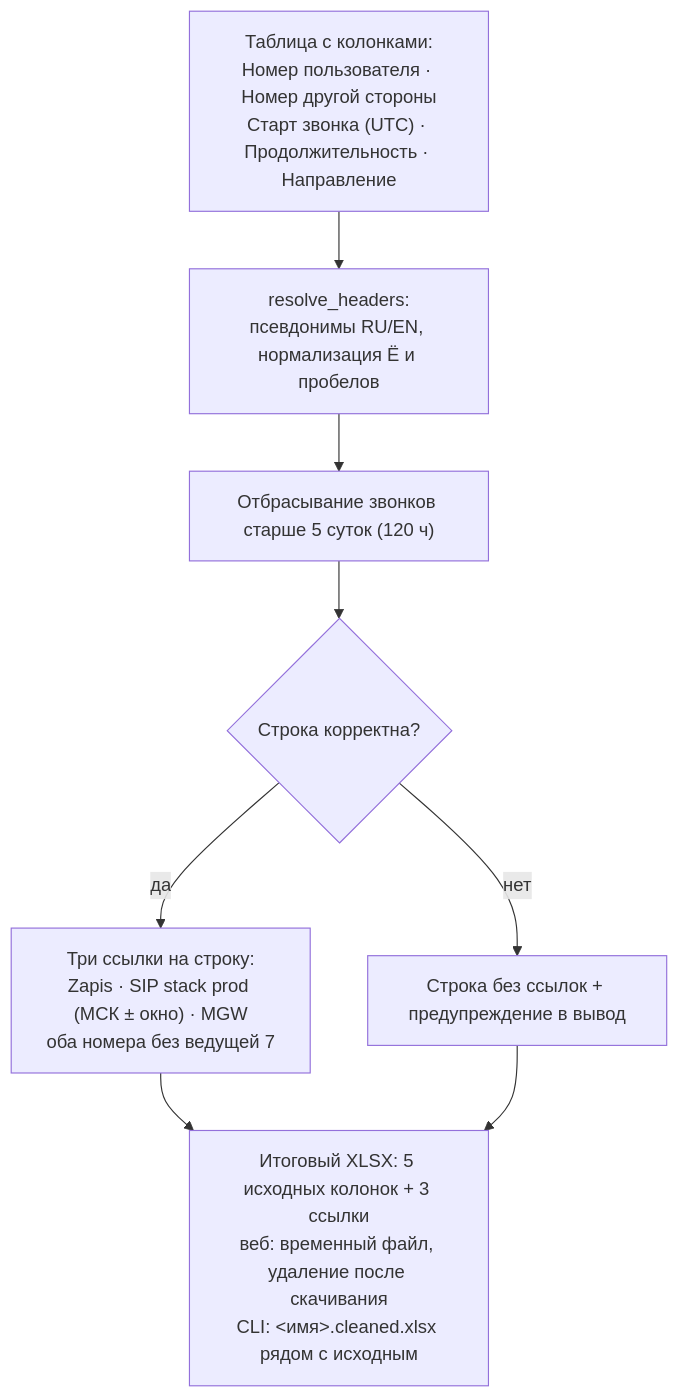
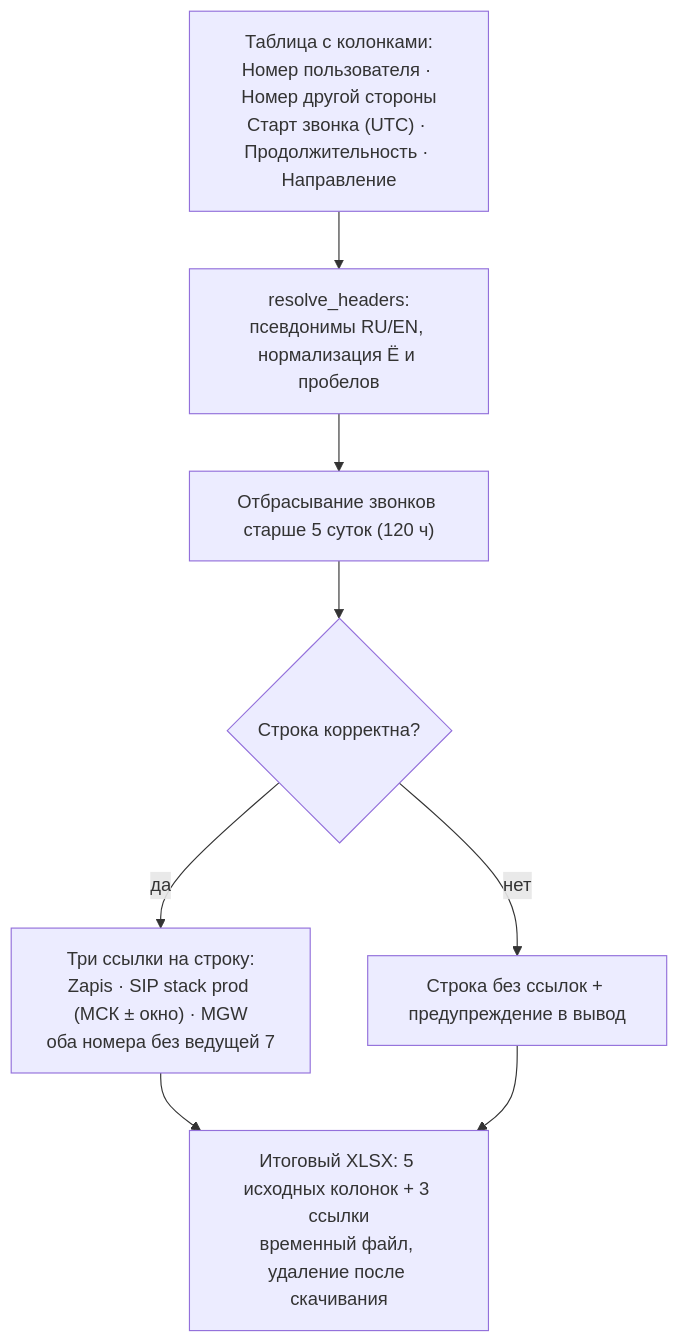
Before and after one commit to shifter1710/l2tool: the seventh of 12 diagrams in docs/ARCHITECTURE.md, drawn with Mermaid. The commit also changed other lines of this file and 27 other files, not shown here.

````diff
--- a/docs/ARCHITECTURE.md
+++ b/docs/ARCHITECTURE.md
@@ -336,10 +329,10 @@
 ```mermaid
 flowchart TB
     input["Таблица с колонками:<br/>Номер пользователя · Номер другой стороны<br/>Старт звонка (UTC) · Продолжительность · Направление"] --> resolve["resolve_headers:<br/>псевдонимы RU/EN, нормализация Ё и пробелов"]
     resolve --> filter["Отбрасывание звонков старше 5 суток (120 ч)"]
     filter --> rows{"Строка корректна?"}
     rows -->|нет| warn["Строка без ссылок + предупреждение в вывод"]
     rows -->|да| links3["Три ссылки на строку:<br/>Zapis · SIP stack prod (МСК ± окно) · MGW<br/>оба номера без ведущей 7"]
-    links3 --> out["Итоговый XLSX: 5 исходных колонок + 3 ссылки<br/>веб: временный файл, удаление после скачивания<br/>CLI: <имя>.cleaned.xlsx рядом с исходным"]
+    links3 --> out["Итоговый XLSX: 5 исходных колонок + 3 ссылки<br/>временный файл, удаление после скачивания"]
     warn --> out
 ```
````
